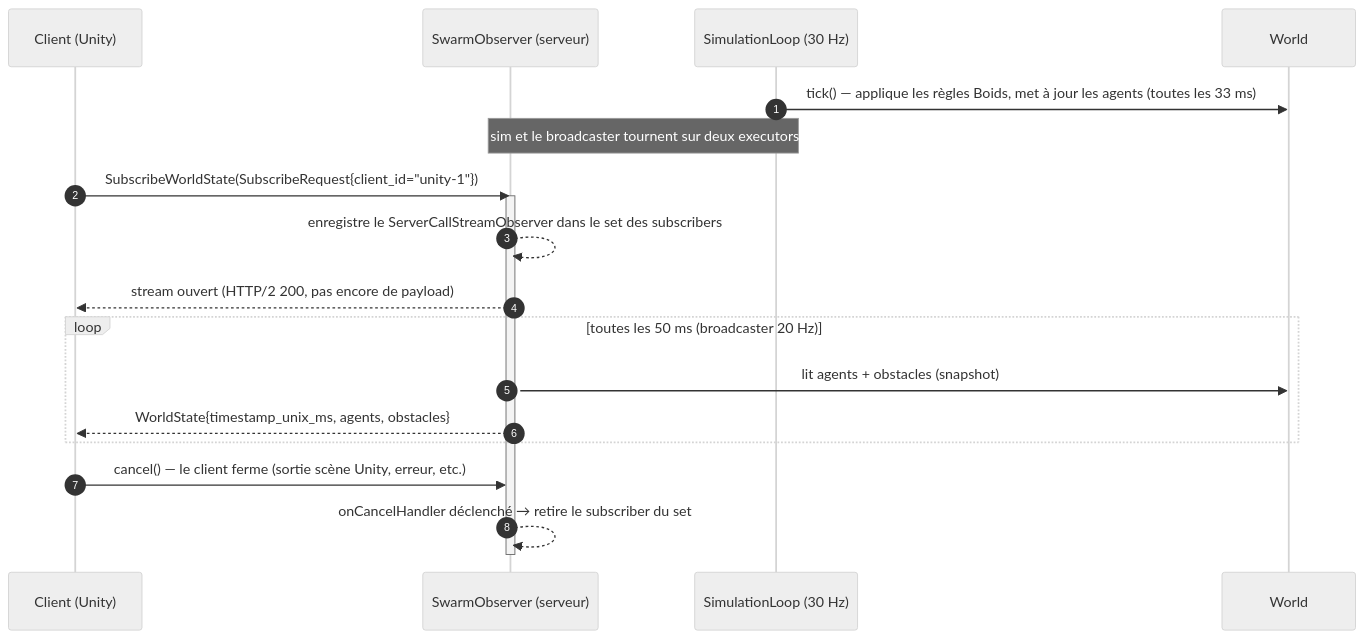
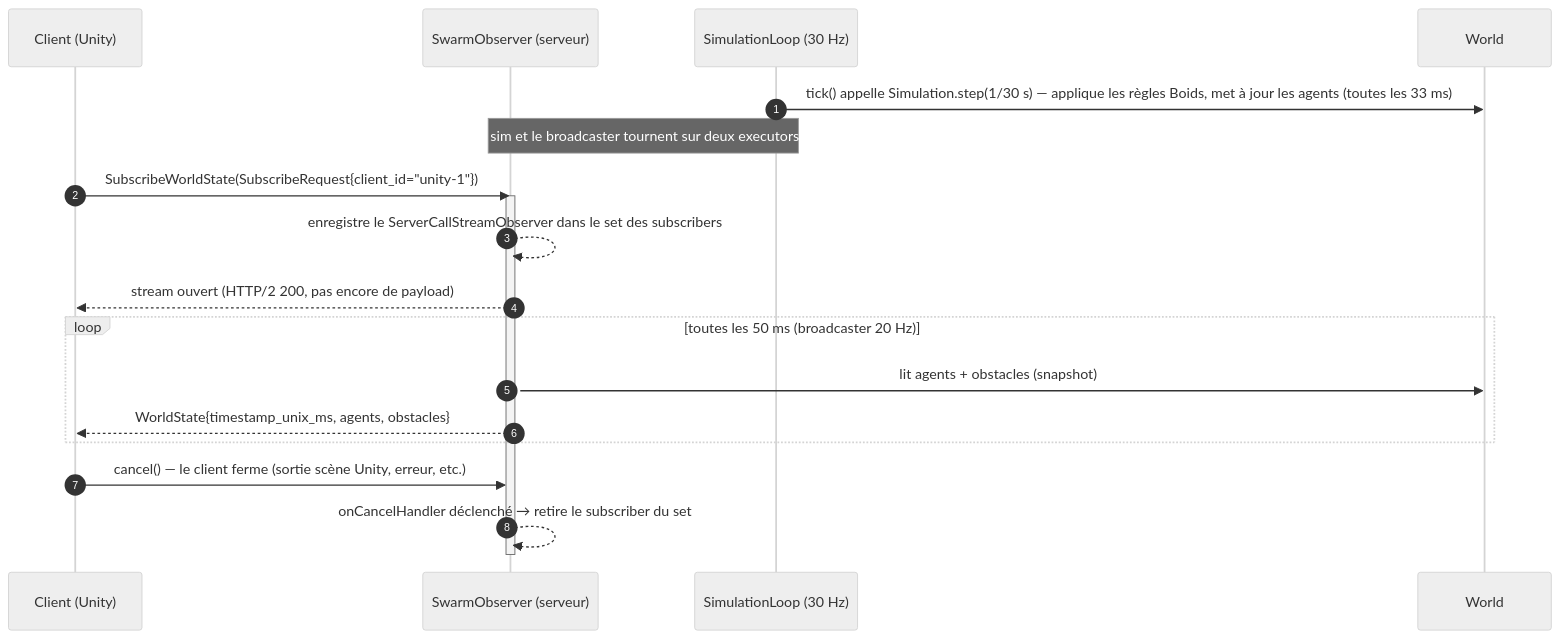
One commit to gakkel-labs/swarm-simulator changed the diagram in docs/02-grpc-contract.fr.md. Above: the diagram before and after it, drawn with Mermaid (neutral theme). The commit also changed 15 other files, not shown here.

First line of the commit message:
feat(server): add a simulation clock and a step(dt) engine without gRPC (#80)

````diff
--- a/docs/02-grpc-contract.fr.md
+++ b/docs/02-grpc-contract.fr.md
@@ -29,25 +29,25 @@
 ```mermaid
 sequenceDiagram
     autonumber
     participant C as Client (Unity)
     participant S as SwarmObserver (serveur)
     participant L as SimulationLoop (30 Hz)
     participant W as World
 
-    L->>W: tick() — applique les règles Boids, met à jour les agents (toutes les 33 ms)
+    L->>W: tick() appelle Simulation.step(1/30 s) — applique les règles Boids, met à jour les agents (toutes les 33 ms)
     Note over S,L: la boucle sim et le broadcaster tournent sur deux executors distincts
 
     C->>S: SubscribeWorldState(SubscribeRequest{client_id="unity-1"})
     activate S
     S-->>S: enregistre le ServerCallStreamObserver dans le set des subscribers
     S-->>C: stream ouvert (HTTP/2 200, pas encore de payload)
 
     loop toutes les 50 ms (broadcaster 20 Hz)
         S->>W: lit agents + obstacles (snapshot)
         S-->>C: WorldState{timestamp_unix_ms, agents, obstacles}
     end
 
     C->>S: cancel() — le client ferme (sortie scène Unity, erreur, etc.)
     S-->>S: onCancelHandler déclenché → retire le subscriber du set
     deactivate S
 ```
````
